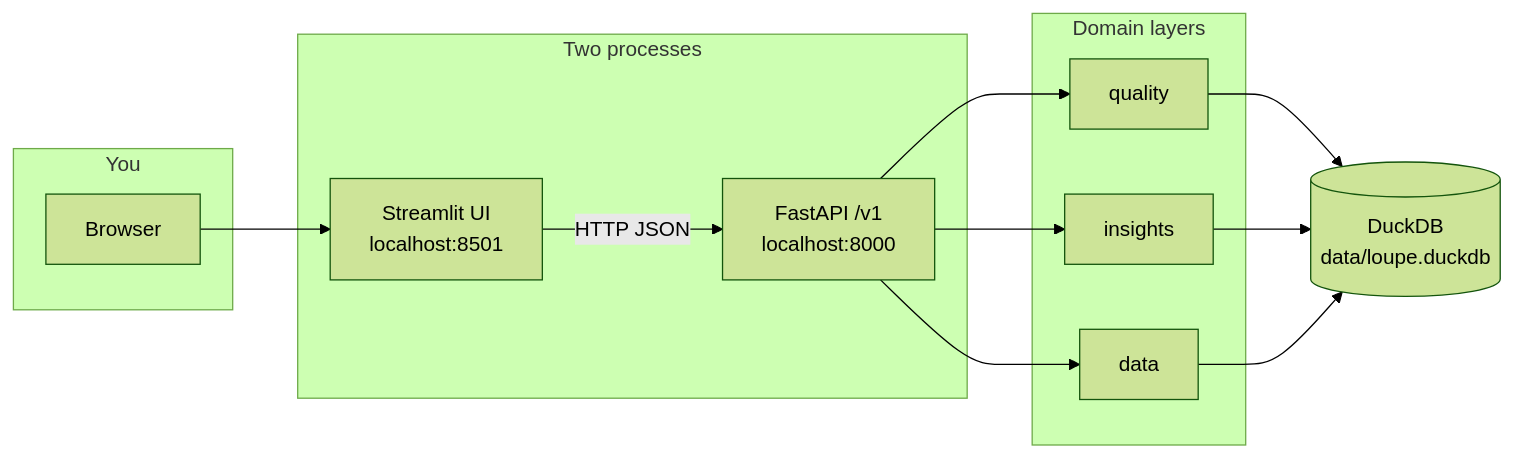
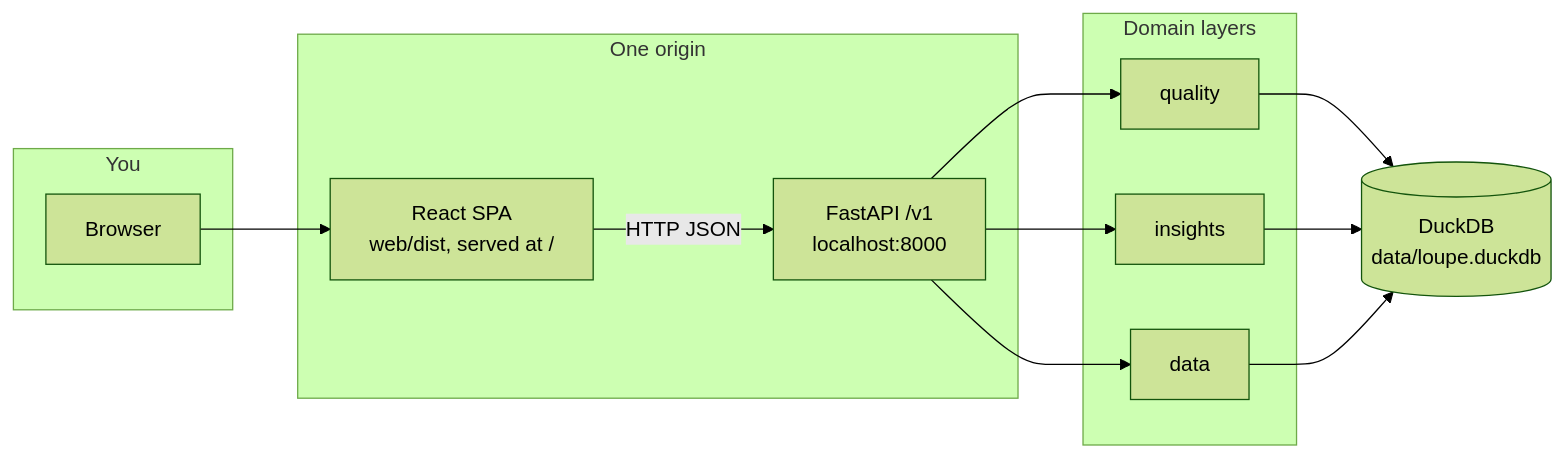
One commit to shu-y-codes/loupe changed the first of 11 diagrams in docs/how-loupe-works.md. Above: the diagram before and after it, drawn with Mermaid (forest theme). The commit also changed other lines of this file and 80 other files, not shown here.

````diff
--- a/docs/how-loupe-works.md
+++ b/docs/how-loupe-works.md
@@ -44,25 +44,25 @@
 ```mermaid
 flowchart LR
   subgraph user [You]
     Browser[Browser]
   end
-  subgraph processes [Two processes]
-    UI["Streamlit UI<br/>localhost:8501"]
+  subgraph processes [One origin]
+    UI["React SPA<br/>web/dist, served at /"]
     API["FastAPI /v1<br/>localhost:8000"]
   end
   subgraph layers [Domain layers]
     Q[quality]
     I[insights]
     D[data]
   end
   Store[("DuckDB<br/>data/loupe.duckdb")]
 
   Browser --> UI
   UI -->|"HTTP JSON"| API
   API --> Q
   API --> I
   API --> D
   Q --> Store
   I --> Store
   D --> Store
 ```
````
